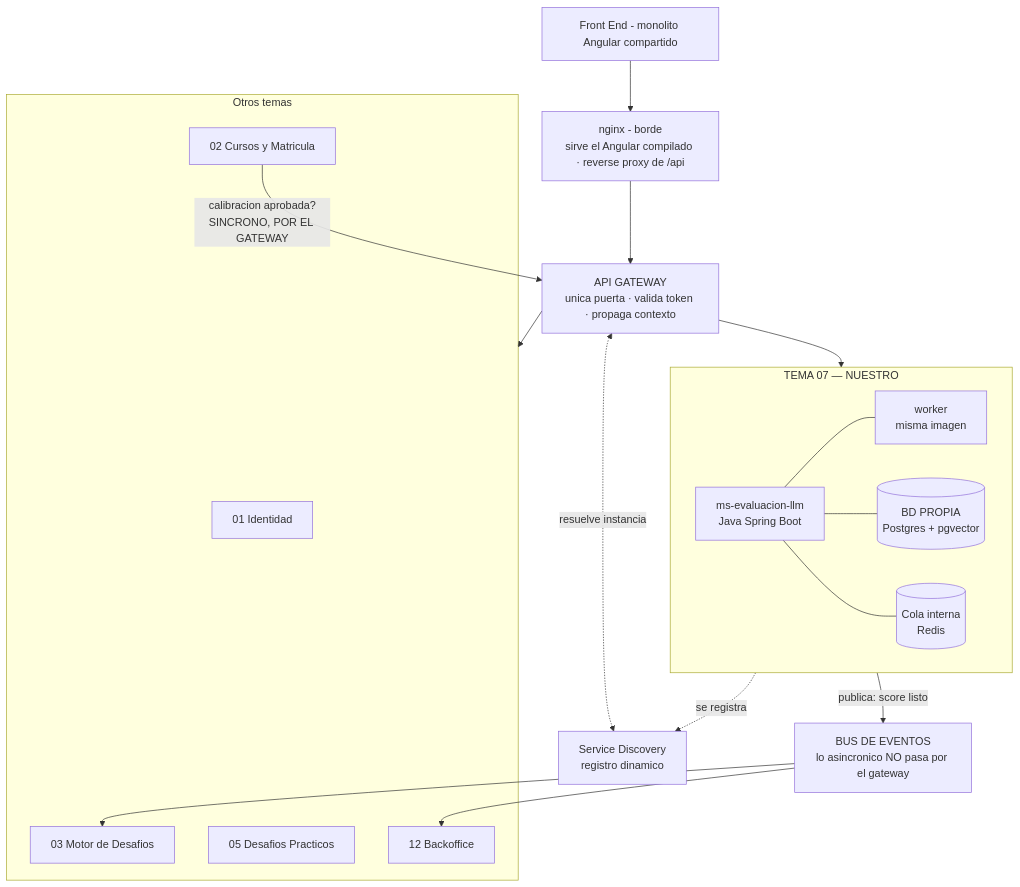
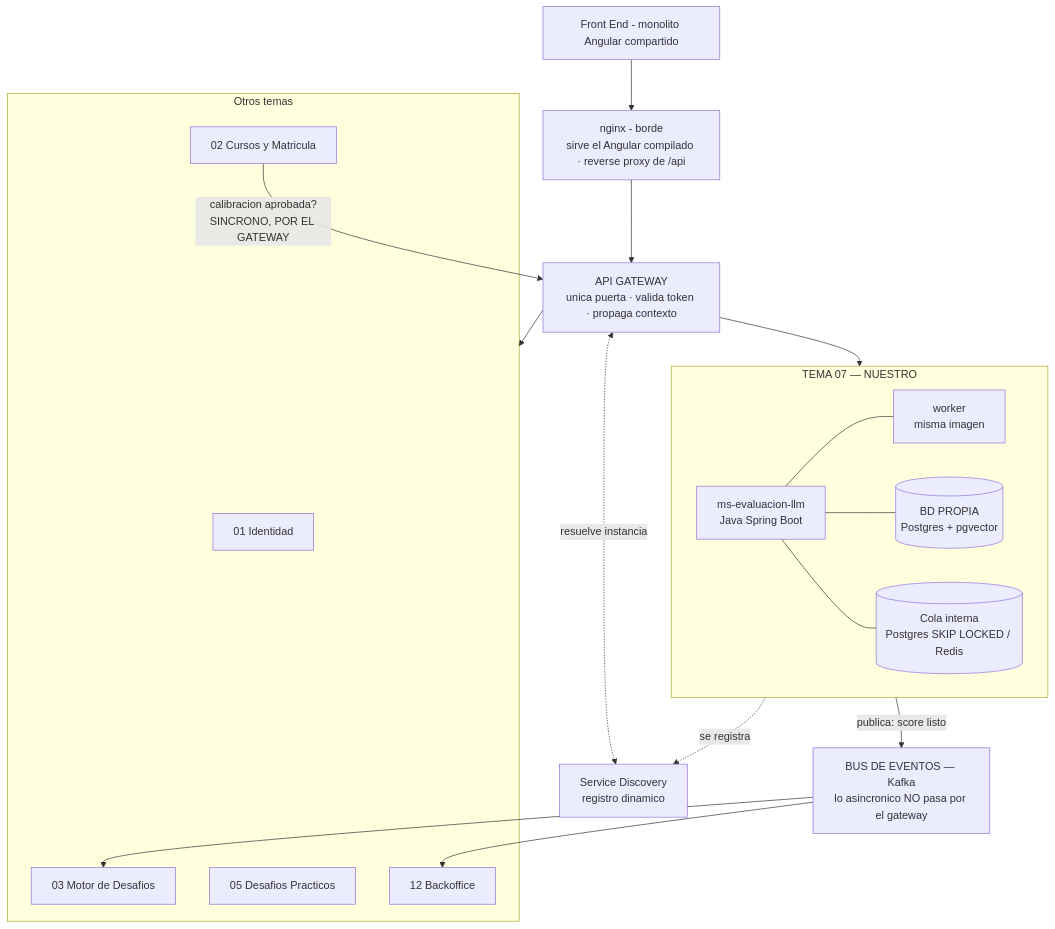
Before and after one commit to facundosoria/Doc-Tpi-Programacion: the first of 2 diagrams in Plan de ejecucion/referencia/docs-vigentes/02-arquitectura-y-stack.md, drawn with Mermaid. The commit also changed other lines of this file and 75 other files, not shown here.

````diff
--- a/Plan de ejecucion/referencia/docs-vigentes/02-arquitectura-y-stack.md
+++ b/Plan de ejecucion/referencia/docs-vigentes/02-arquitectura-y-stack.md
@@ -64,38 +64,38 @@
 ```mermaid
 flowchart TB
     FE["Front End - monolito Angular compartido"]
     NX["nginx - borde<br/>sirve el Angular compilado · reverse proxy de /api"]
     GW["API GATEWAY<br/>unica puerta · valida token · propaga contexto"]
     SD["Service Discovery<br/>registro dinamico"]
 
     subgraph otros["Otros temas"]
         T01["01 Identidad"]
         T02["02 Cursos y Matricula"]
         T03["03 Motor de Desafios"]
         T05["05 Desafios Practicos"]
         T12["12 Backoffice"]
     end
 
     subgraph nuestro["TEMA 07 — NUESTRO"]
         MS["ms-evaluacion-llm<br/>Java Spring Boot"]
         W["worker<br/>misma imagen"]
         DB[("BD PROPIA<br/>Postgres + pgvector")]
-        Q[("Cola interna<br/>Redis")]
+        Q[("Cola interna<br/>Postgres SKIP LOCKED / Redis")]
         MS --- W
         MS --- DB
         MS --- Q
     end
 
-    BUS["BUS DE EVENTOS<br/>lo asincronico NO pasa por el gateway"]
+    BUS["BUS DE EVENTOS — Kafka<br/>lo asincronico NO pasa por el gateway"]
 
     FE --> NX
     NX --> GW
     GW <-.->|"resuelve instancia"| SD
     GW --> otros
     GW --> nuestro
     nuestro -.->|"se registra"| SD
     T02 -->|"calibracion aprobada?<br/>SINCRONO, POR EL GATEWAY"| GW
     nuestro -->|"publica: score listo"| BUS
     BUS --> T03
     BUS --> T12
 ```
````
